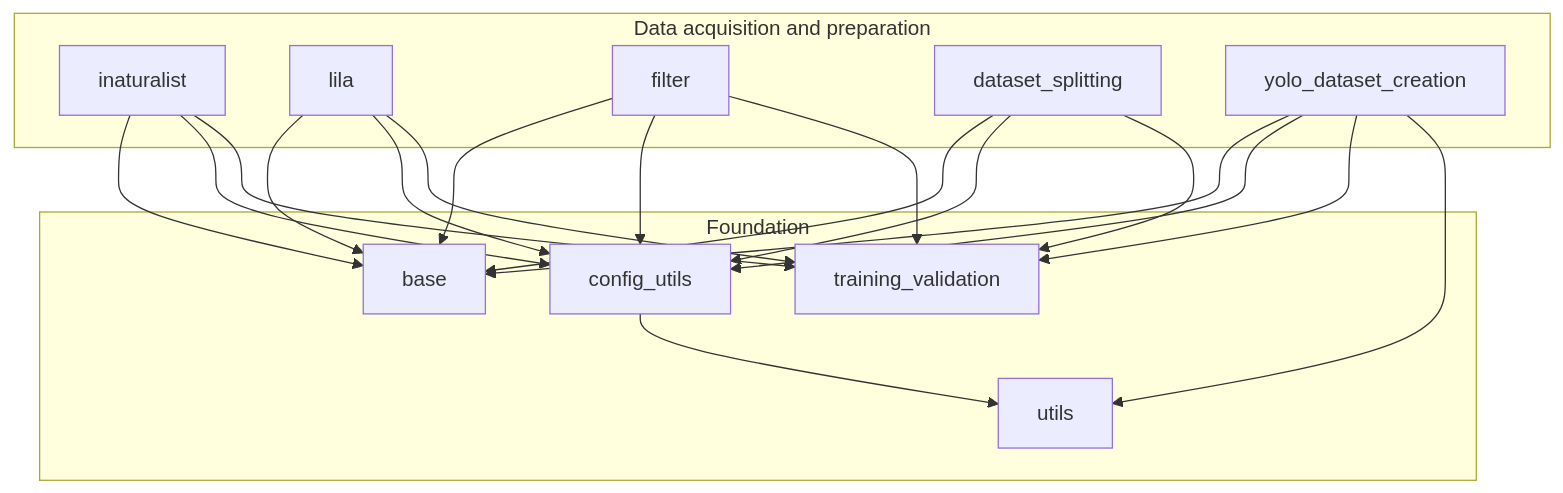
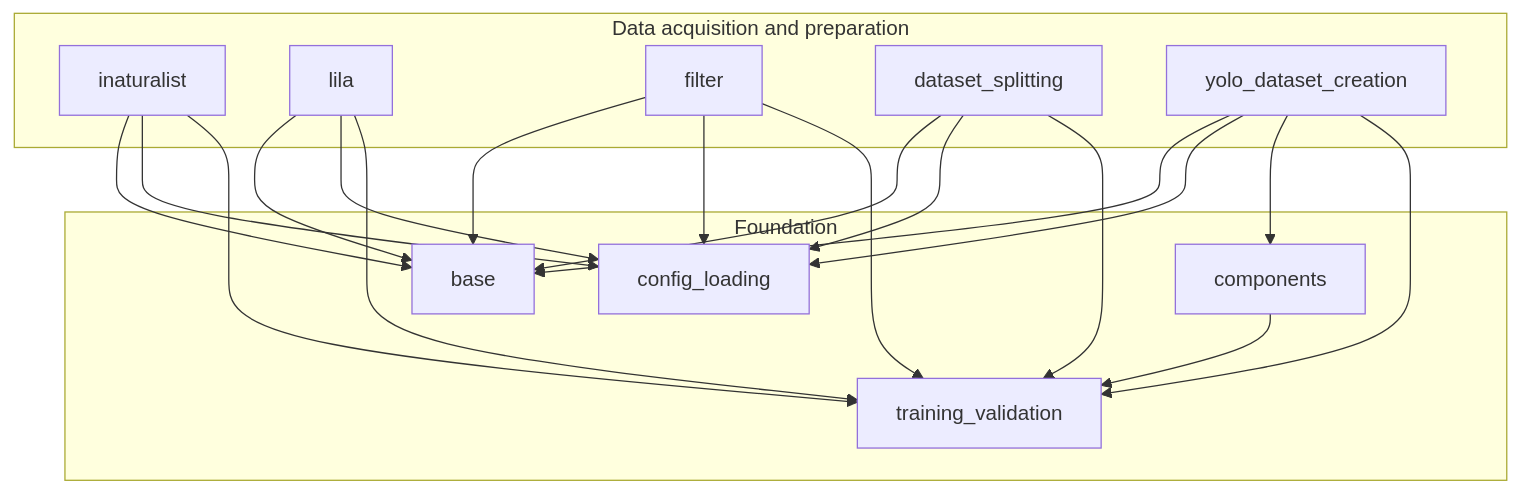
The second of 7 diagrams in README.md (ssciwr/smartrodent_experiments), drawn with Mermaid before and after one commit. The commit also changed other lines of this file and 55 other files, not shown here.

````diff
--- a/README.md
+++ b/README.md
@@ -202,35 +201,35 @@
 ```mermaid
 flowchart TB
     subgraph data["Data acquisition and preparation"]
         inaturalist
         lila
         filter
         dataset_splitting
         yolo_dataset_creation
     end
 
     subgraph foundation["Foundation"]
         base
-        config_utils
+        config_loading
+        components
         training_validation
-        utils
     end
 
     inaturalist --> base
-    inaturalist --> config_utils
+    inaturalist --> config_loading
     inaturalist --> training_validation
     lila --> base
-    lila --> config_utils
+    lila --> config_loading
     lila --> training_validation
     filter --> base
-    filter --> config_utils
+    filter --> config_loading
     filter --> training_validation
     dataset_splitting --> base
-    dataset_splitting --> config_utils
+    dataset_splitting --> config_loading
     dataset_splitting --> training_validation
     yolo_dataset_creation --> base
-    yolo_dataset_creation --> config_utils
+    yolo_dataset_creation --> config_loading
+    yolo_dataset_creation --> components
     yolo_dataset_creation --> training_validation
-    yolo_dataset_creation --> utils
-    config_utils --> utils
+    components --> training_validation
 ```
````
